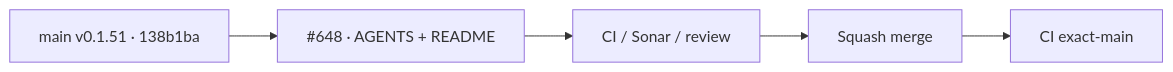
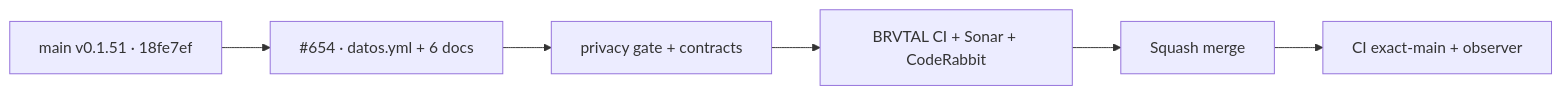
Before and after one commit to pl0n3r/brvtal: the diagram in README.md, drawn with Mermaid. The commit also changed other lines of this file and 16 other files, not shown here.

First line of the commit message:
legal: adopt privacy as code with six documents (v0.1.52) (#655)

````diff
--- a/README.md
+++ b/README.md
@@ -47,6 +48,7 @@
 ```mermaid
 flowchart LR
-  B["main v0.1.51 · 138b1ba"] --> P["#648 · AGENTS + README"]
-  P --> C["CI / Sonar / review"] --> M["Squash merge"]
-  M --> V["CI exact-main"]
+  B["main v0.1.51 · 18fe7ef"] --> P["#654 · datos.yml + 6 docs"]
+  P --> G["privacy gate + contracts"]
+  G --> C["BRVTAL CI + Sonar + CodeRabbit"]
+  C --> M["Squash merge"] --> V["CI exact-main + observer"]
 ```
````
